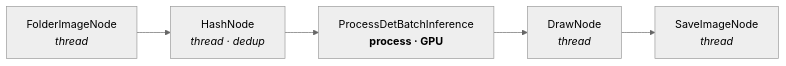
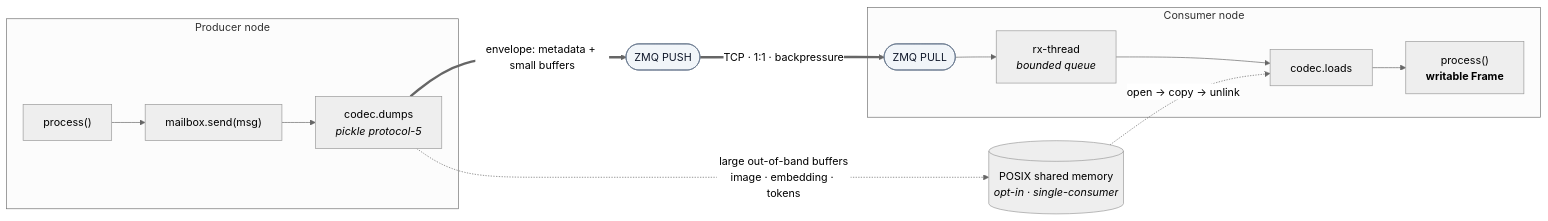
One commit to Bleaff/data_pipeline_orchestration changed the second of 2 diagrams in README.md. Above: the diagram before and after it, drawn with Mermaid (neutral theme). The commit also changed other lines of this file, not shown here.

Commit message:
docs: richer How-it-works diagrams (control/data planes + transport)

````diff
--- a/README.md
+++ b/README.md
@@ -33,7 +78,23 @@
 ```mermaid
 flowchart LR
-    reader["FolderImageNode<br/><i>thread</i>"] --> hash["HashNode<br/><i>thread · dedup</i>"]
-    hash --> model["ProcessDetBatchInference<br/><b>process · GPU</b>"]
-    model --> draw["DrawNode<br/><i>thread</i>"]
-    draw --> saver["SaveImageNode<br/><i>thread</i>"]
+    subgraph prod["Producer node"]
+        p1["process()"] --> p2["mailbox.send(msg)"]
+        p2 --> enc["codec.dumps<br/><i>pickle protocol-5</i>"]
+    end
+
+    enc ==>|"envelope: metadata + small buffers"| push(["ZMQ PUSH"])
+    enc -. "large out-of-band buffers<br/>image · embedding · tokens" .-> shm[("POSIX shared memory<br/><i>opt-in · single-consumer</i>")]
+
+    push ==>|"TCP · 1:1 · backpressure"| pull(["ZMQ PULL"])
+
+    subgraph cons["Consumer node"]
+        pull --> rx["rx-thread<br/><i>bounded queue</i>"]
+        rx --> dec["codec.loads"]
+        dec --> out["process()<br/><b>writable Frame</b>"]
+    end
+
+    shm -. "open → copy → unlink" .-> dec
+
+    classDef io fill:#f1f5f9,stroke:#64748b,color:#0f172a;
+    class push,pull io;
 ```
````
